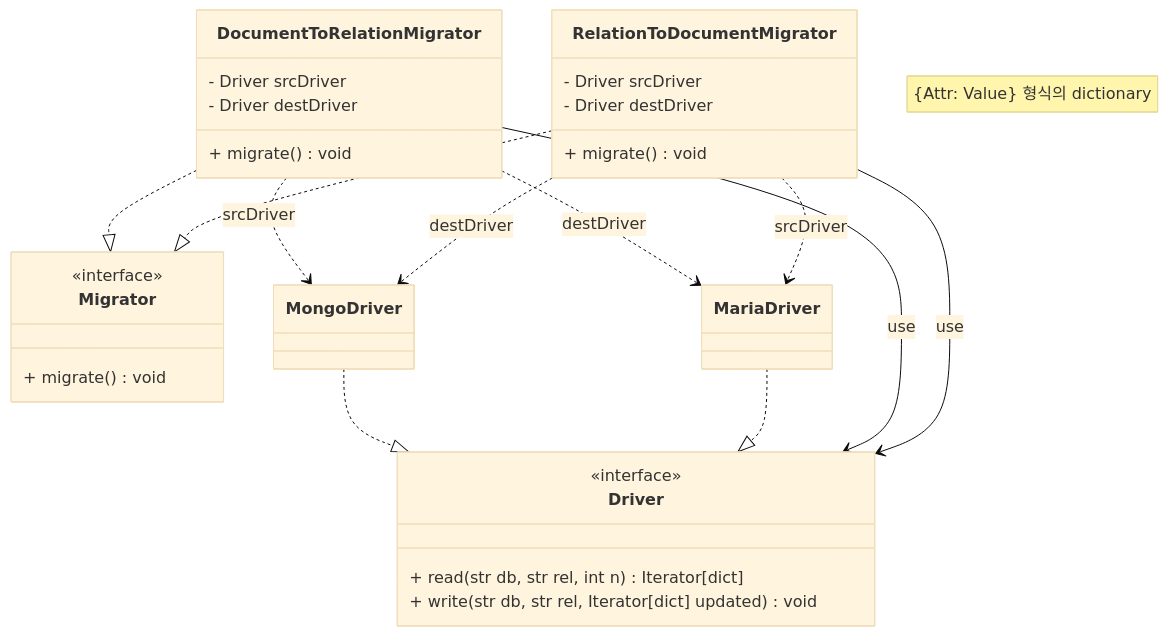
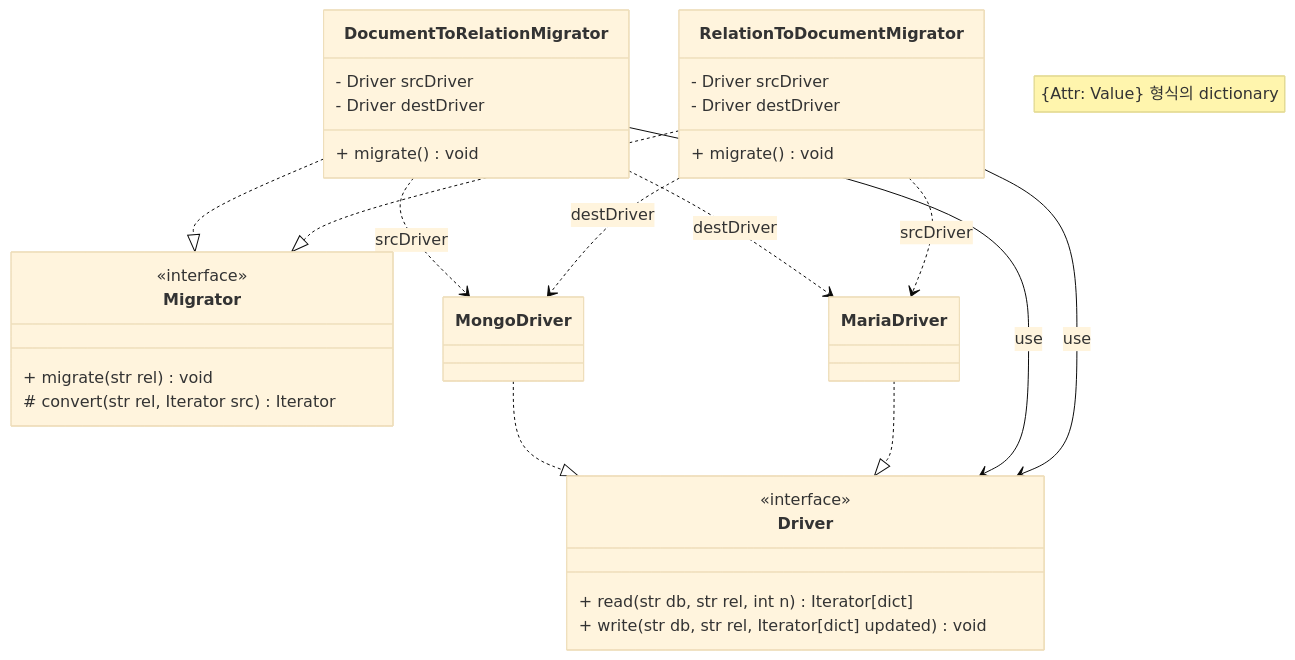
One commit to KU-Capstone-Design/pyoniverse-data-migrator changed the first of 2 diagrams in docs/design.md. Above: the diagram before and after it, drawn with Mermaid (base theme). The commit also changed 8 other files, not shown here.

````diff
--- a/docs/design.md
+++ b/docs/design.md
@@ -3,33 +3,34 @@
 ```mermaid
 classDiagram
     note "{Attr: Value} 형식의 dictionary"
     class Driver {
         <<interface>>
         + read(str db, str rel, int n) Iterator[dict]
         + write(str db, str rel, Iterator[dict] updated) void
     }
     class Migrator {
         <<interface>>
-        + migrate() void
+        + migrate(str rel) void
+        # convert(str rel, Iterator src) Iterator
     }
     class DocumentToRelationMigrator {
         - Driver srcDriver
         - Driver destDriver
         + migrate() void
     }
     class RelationToDocumentMigrator {
         - Driver srcDriver
         - Driver destDriver
         + migrate() void
     }
     MongoDriver ..|> Driver
     MariaDriver ..|> Driver
     DocumentToRelationMigrator ..|> Migrator
     RelationToDocumentMigrator ..|> Migrator
     DocumentToRelationMigrator --> Driver: use
     RelationToDocumentMigrator --> Driver: use
     DocumentToRelationMigrator ..> MongoDriver: srcDriver
     DocumentToRelationMigrator ..> MariaDriver: destDriver
     RelationToDocumentMigrator ..> MariaDriver: srcDriver
     RelationToDocumentMigrator ..> MongoDriver: destDriver
 ```
````
